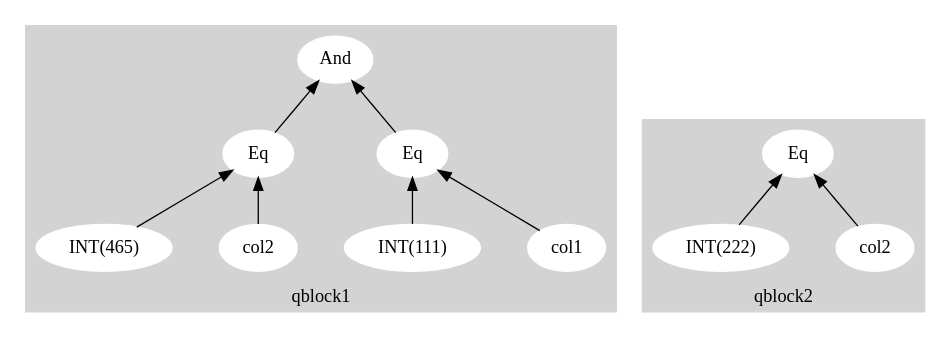
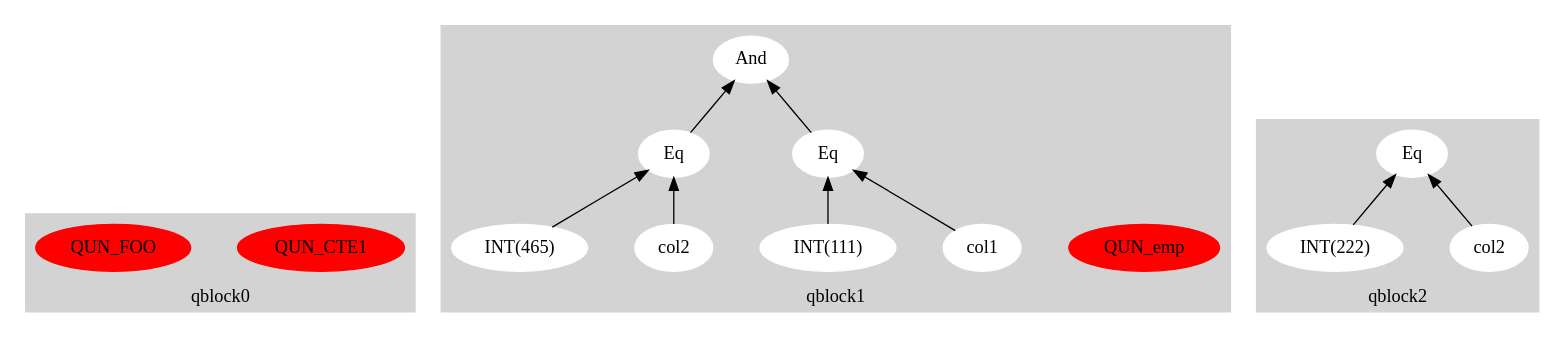
Before and after one commit to adarshpannu/kona: the diagram in qgm.dot, drawn with Graphviz. The commit also changed 4 other files, not shown here.

```diff
--- a/qgm.dot
+++ b/qgm.dot
@@ -1,35 +1,39 @@
 digraph example1 {
     node [style=filled,color=white];
     rankdir=BT;
     splines=polyline;
     nodesep=0.5;
     style=filled;
     color=lightgrey;
   subgraph cluster_0 {
+    QUN_CTE1[color=red]
+    QUN_FOO[color=red]
     label =  "qblock0";
   }
   subgraph cluster_1 {
+    QUN_emp[color=red]
     label =  "qblock1";
-    exprnode0x7f83d460c538[label="And"];
-    exprnode0x7f83d460bfc8 -> exprnode0x7f83d460c538;
-    exprnode0x7f83d460c4e8 -> exprnode0x7f83d460c538;
-    exprnode0x7f83d460bfc8[label="Eq"];
-    exprnode0x7f83d460a6c8 -> exprnode0x7f83d460bfc8;
-    exprnode0x7f83d460bf78 -> exprnode0x7f83d460bfc8;
-    exprnode0x7f83d460a6c8[label="col1"];
-    exprnode0x7f83d460bf78[label="INT(111)"];
-    exprnode0x7f83d460c4e8[label="Eq"];
-    exprnode0x7f83d460c018 -> exprnode0x7f83d460c4e8;
-    exprnode0x7f83d460c498 -> exprnode0x7f83d460c4e8;
-    exprnode0x7f83d460c018[label="col2"];
-    exprnode0x7f83d460c498[label="INT(465)"];
+    exprnode0x7ff94e60c538[label="And"];
+    exprnode0x7ff94e60bfc8 -> exprnode0x7ff94e60c538;
+    exprnode0x7ff94e60c4e8 -> exprnode0x7ff94e60c538;
+    exprnode0x7ff94e60bfc8[label="Eq"];
+    exprnode0x7ff94e60a6c8 -> exprnode0x7ff94e60bfc8;
+    exprnode0x7ff94e60bf78 -> exprnode0x7ff94e60bfc8;
+    exprnode0x7ff94e60a6c8[label="col1"];
+    exprnode0x7ff94e60bf78[label="INT(111)"];
+    exprnode0x7ff94e60c4e8[label="Eq"];
+    exprnode0x7ff94e60c018 -> exprnode0x7ff94e60c4e8;
+    exprnode0x7ff94e60c498 -> exprnode0x7ff94e60c4e8;
+    exprnode0x7ff94e60c018[label="col2"];
+    exprnode0x7ff94e60c498[label="INT(465)"];
   }
   subgraph cluster_2 {
+    QUN_emp[color=red]
     label =  "qblock2";
-    exprnode0x7f83d460ce68[label="Eq"];
-    exprnode0x7f83d460cdc8 -> exprnode0x7f83d460ce68;
-    exprnode0x7f83d460ce18 -> exprnode0x7f83d460ce68;
-    exprnode0x7f83d460cdc8[label="col2"];
-    exprnode0x7f83d460ce18[label="INT(222)"];
+    exprnode0x7ff94e60ce68[label="Eq"];
+    exprnode0x7ff94e60cdc8 -> exprnode0x7ff94e60ce68;
+    exprnode0x7ff94e60ce18 -> exprnode0x7ff94e60ce68;
+    exprnode0x7ff94e60cdc8[label="col2"];
+    exprnode0x7ff94e60ce18[label="INT(222)"];
   }
 }
```
